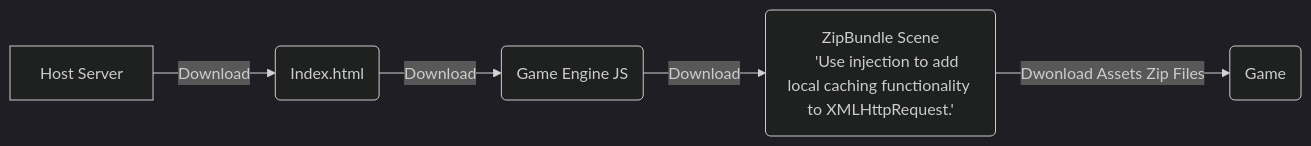
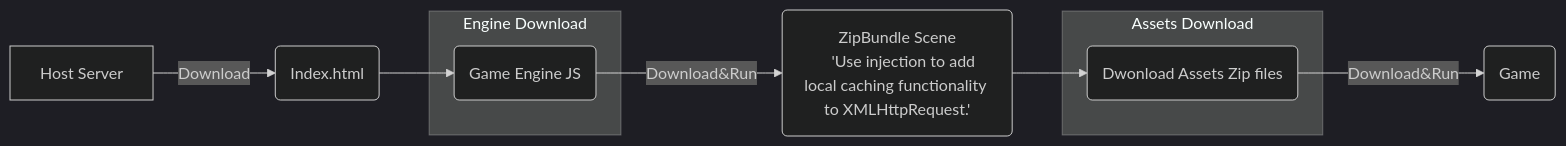
One commit to BricL/CC3.WebZipBundle changed the third of 3 diagrams in README.md. Above: the diagram before and after it, drawn with Mermaid (dark theme).

Commit message:
Enhance README.md with flowchart updates for engine and asset download processes, including local caching injection details

````diff
--- a/README.md
+++ b/README.md
@@ -61,8 +61,16 @@
 ```mermaid
 flowchart LR
+    subgraph Engine Download
+        C(Game Engine JS)
+    end
+    subgraph Assets Download
+        E(Dwonload Assets Zip files)
+    end
+
    A[Host Server] -->|Download| B(Index.html)
-   B -->|Download| C(Game Engine JS)
-   C -->|Download| D("ZipBundle Scene
+   B --> C(Game Engine JS)
+   C -- Download&Run --> D("ZipBundle Scene
     'Use injection to add local caching functionality to XMLHttpRequest.'")
-   D -->|Dwonload Assets Zip Files| E(Game)
+   D --> E(Dwonload Assets Zip files)
+   E -- Download&Run --> F(Game)
 ```
````
